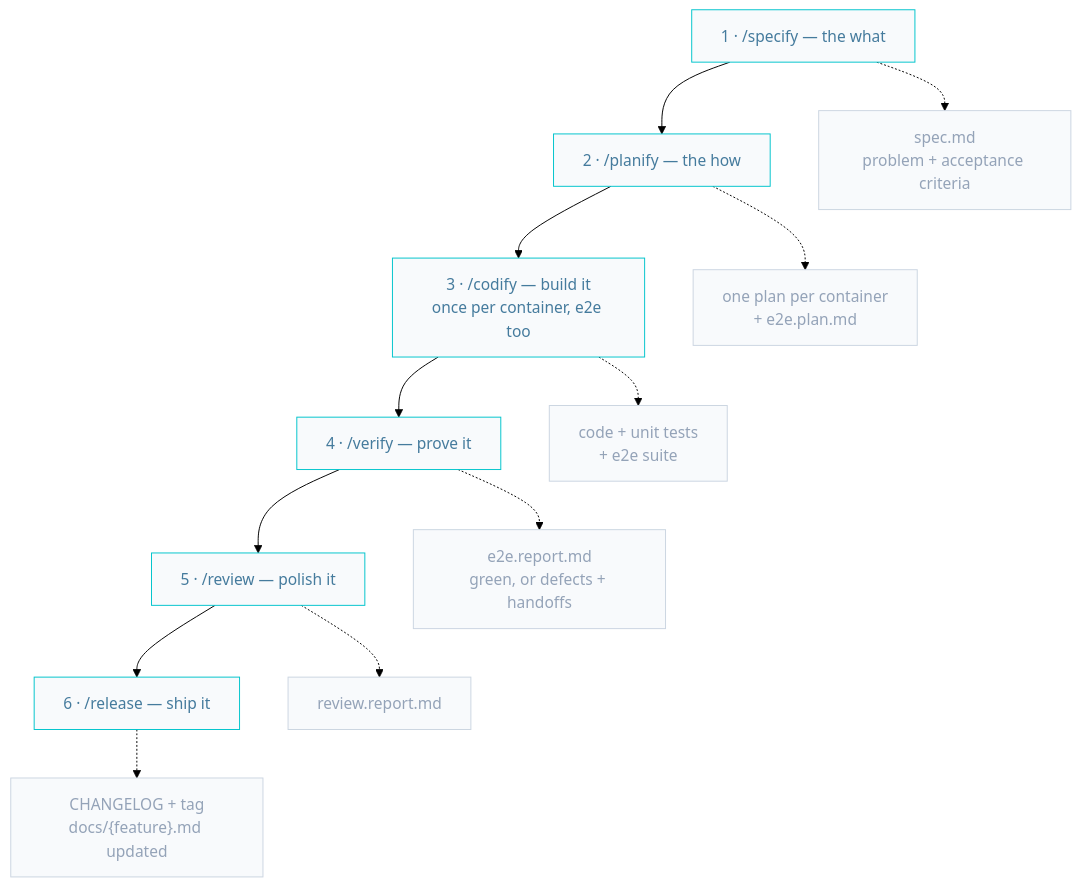
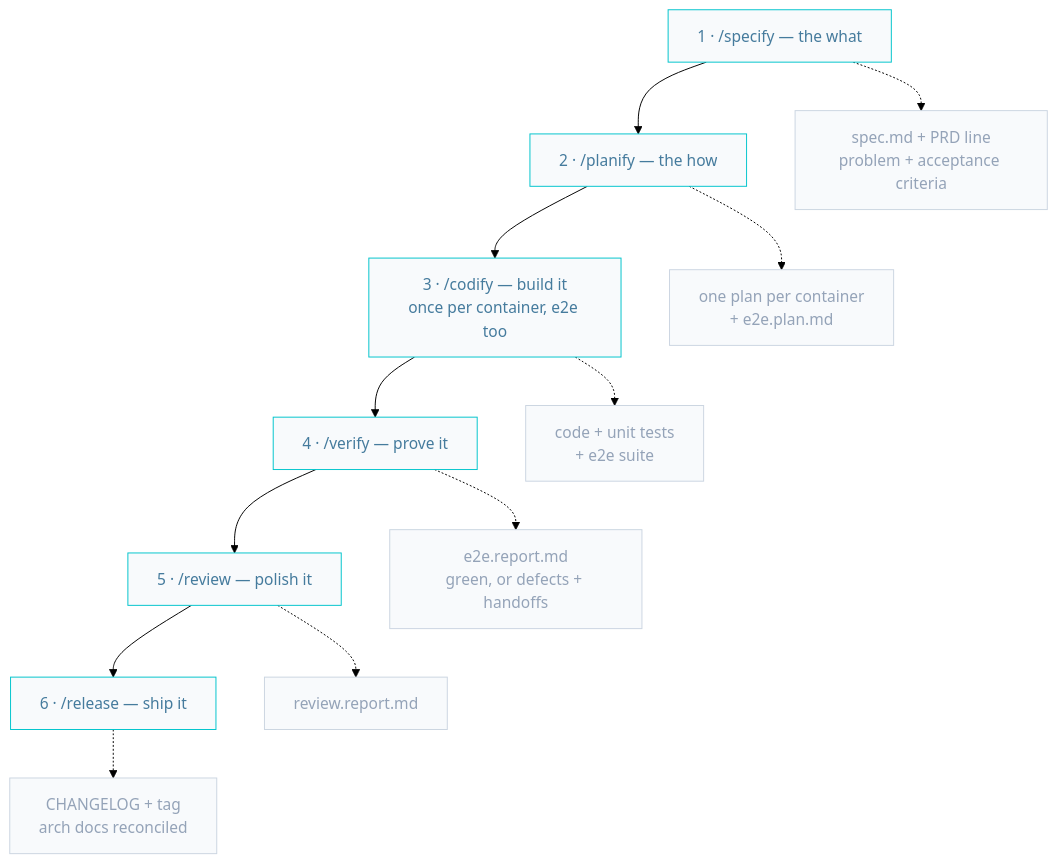
One commit to AIDDbot/AIDDbot changed the first of 2 diagrams in docs/feature.building.md. Above: the diagram before and after it, drawn with Mermaid (forest theme). The commit also changed other lines of this file and 16 other files, not shown here.

First line of the commit message:
refactor(skills): update documentation for PRD and spec lifecycle

````diff
--- a/docs/feature.building.md
+++ b/docs/feature.building.md
@@ -7,21 +7,21 @@
 ```mermaid
 flowchart TD
   classDef sk fill:#f8fafc,stroke:#00c4cc,color:#457b9d
   classDef ar fill:#f8fafc,stroke:#cbd5e1,color:#94a3b8
 
   S1["1 · /specify — the what"]:::sk
   S2["2 · /planify — the how"]:::sk
   S3["3 · /codify — build it<br/>once per container, e2e too"]:::sk
   S4["4 · /verify — prove it"]:::sk
   S5["5 · /review — polish it"]:::sk
   S6["6 · /release — ship it"]:::sk
 
   S1 --> S2 --> S3 --> S4 --> S5 --> S6
 
-  S1 -.-> A1["spec.md<br/>problem + acceptance criteria"]:::ar
+  S1 -.-> A1["spec.md + PRD line<br/>problem + acceptance criteria"]:::ar
   S2 -.-> A2["one plan per container<br/>+ e2e.plan.md"]:::ar
   S3 -.-> A3["code + unit tests<br/>+ e2e suite"]:::ar
   S4 -.-> A4["e2e.report.md<br/>green, or defects + handoffs"]:::ar
   S5 -.-> A5["review.report.md"]:::ar
-  S6 -.-> A6["CHANGELOG + tag<br/>docs/{feature}.md updated"]:::ar
+  S6 -.-> A6["CHANGELOG + tag<br/>arch docs reconciled"]:::ar
 ```
````
